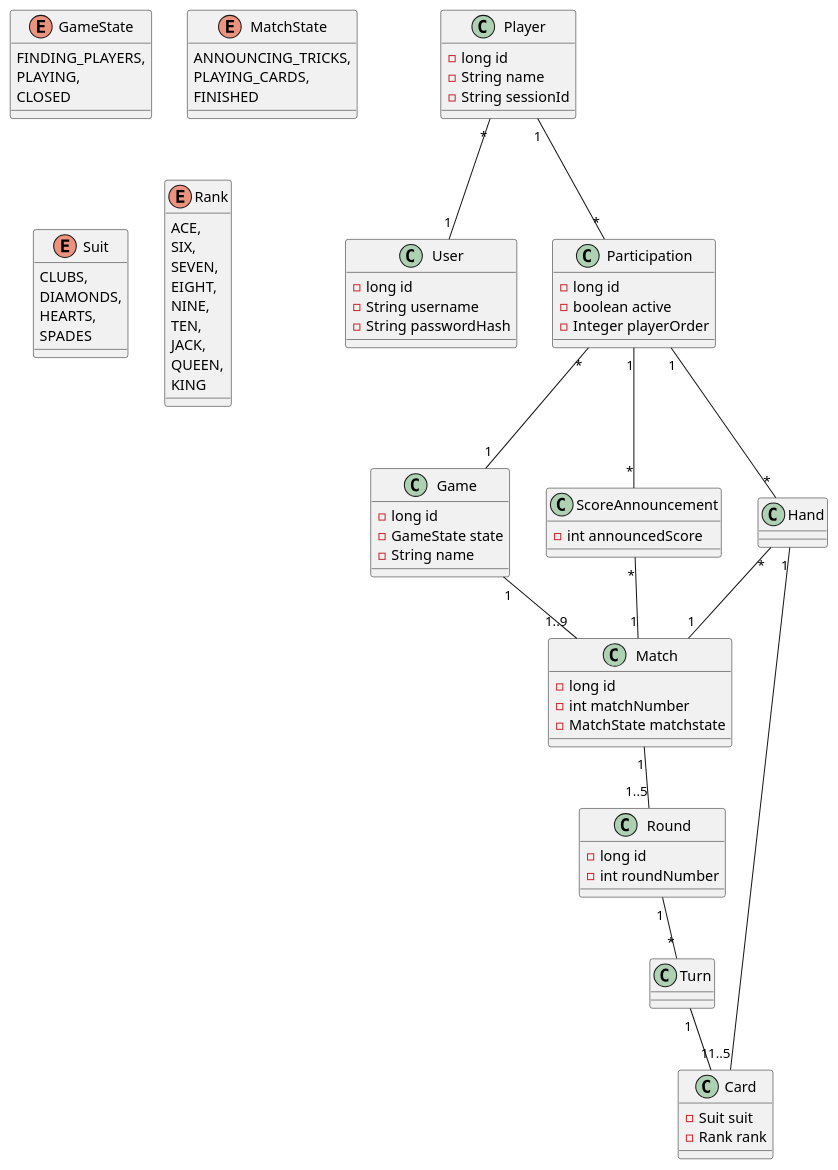
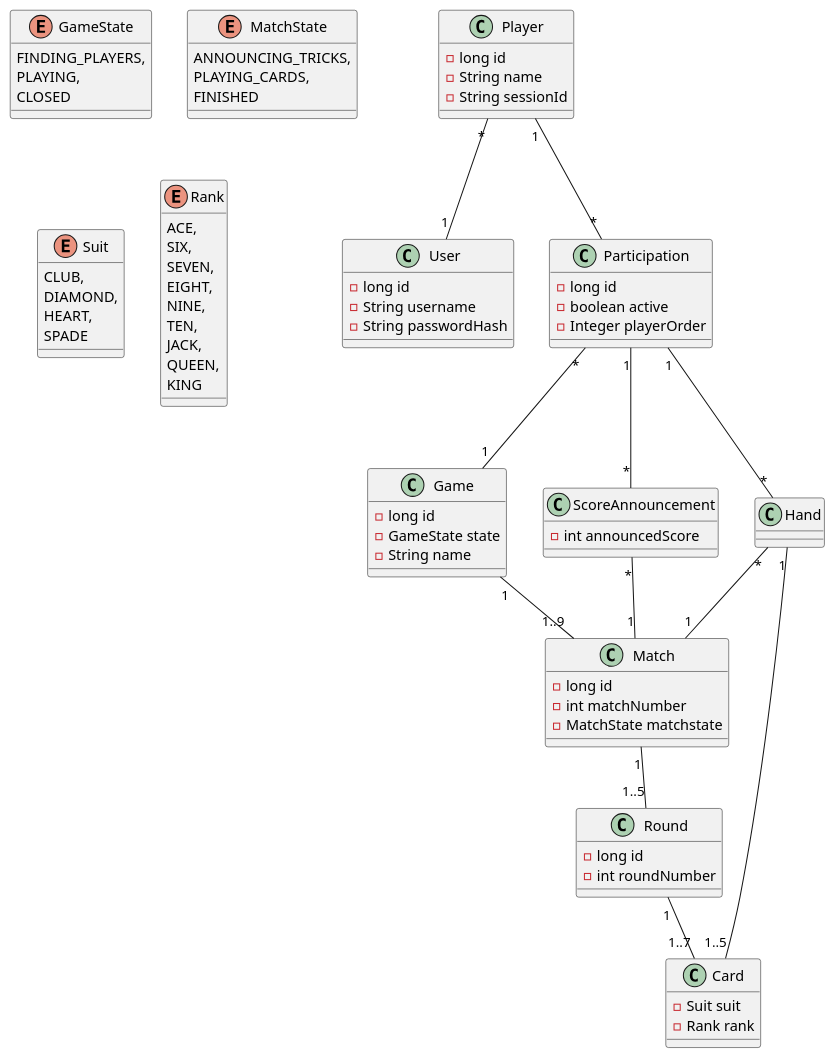
One commit to sopra-fs22-group-36/screw-your-neighbor-server changed the diagram in doc/m2/uml/class_diagram.puml. Above: the diagram before and after it, drawn with PlantUML. The commit also changed 3 other files, not shown here.

First line of the commit message:
doc: add activity diagrams for failing points

```diff
--- a/doc/m2/uml/class_diagram.puml
+++ b/doc/m2/uml/class_diagram.puml
@@ -1,104 +1,100 @@
 @startuml
 class Player {
     - long id
     - String name
     - String sessionId
 }
 
 class User {
     - long id
     - String username
     - String passwordHash
 }
 
 enum GameState {
     FINDING_PLAYERS,
     PLAYING,
     CLOSED
 }
 
 class Game {
     - long id
     - GameState state
     - String name
 }
 
 class Participation {
     - long id
     - boolean active
     - Integer playerOrder
 }
 
 class Match {
     - long id
     - int matchNumber
     - MatchState matchstate
 }
 
 enum MatchState {
     ANNOUNCING_TRICKS,
     PLAYING_CARDS,
     FINISHED
 }
 
 class ScoreAnnouncement {
     - int announcedScore
 }
 
 class Hand {
 }
 
-class Turn {
-
-}
 
 class Round {
     - long id
     - int roundNumber
 }
 
 class Card {
     - Suit suit
     - Rank rank
 }
 
 enum Suit {
-    CLUBS,
-    DIAMONDS,
-    HEARTS,
-    SPADES
+    CLUB,
+    DIAMOND,
+    HEART,
+    SPADE
 }
 
 enum Rank {
   ACE,
   SIX,
   SEVEN,
   EIGHT,
   NINE,
   TEN,
   JACK,
   QUEEN,
   KING
 }
 
 Player "*" -- "1" User
 Player "1" -- "*" Participation
 
 Participation "*" -- "1" Game
 Participation "1" -- "*" ScoreAnnouncement
 Participation "1" -- "*" Hand
 
 ScoreAnnouncement "*" -- "1" Match
 
 Hand "*" -- "1" Match
 Hand "1" -- "1..5" Card
 
 Game "1" -- "1..9" Match
 
 Match "1" -- "1..5" Round
 
-Round "1" -- "*" Turn
+Round "1" -- "1..7" Card
 
-Turn "1" -- "1" Card
 
 @enduml
```
